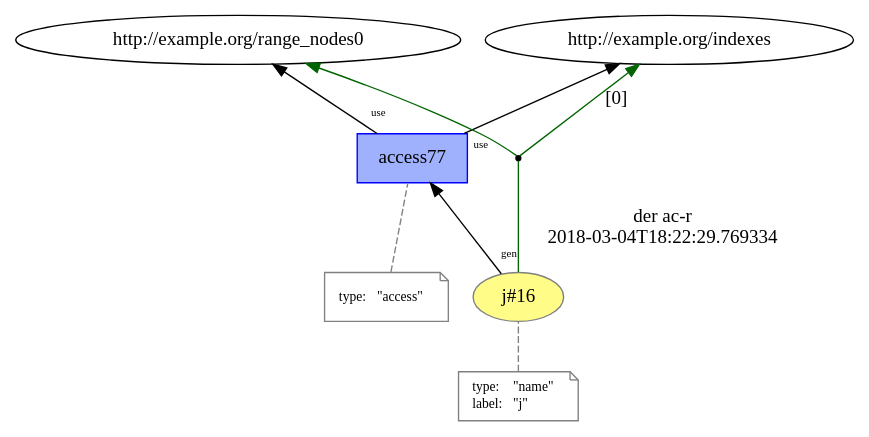
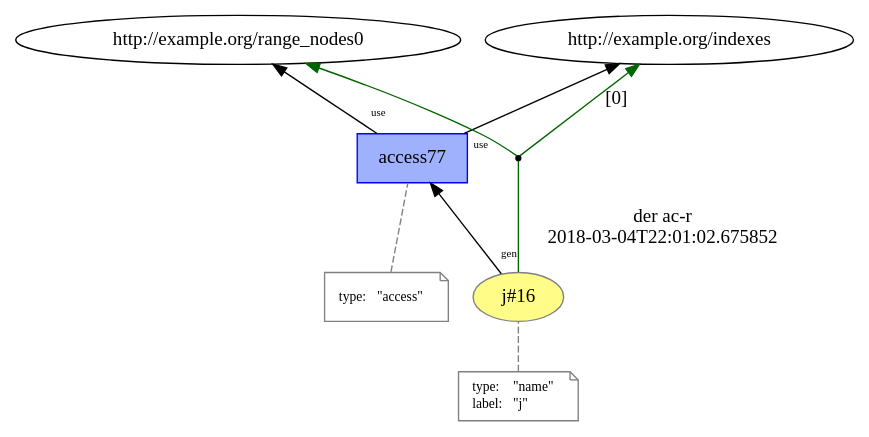
Before and after one commit to dew-uff/versioned-prov: the diagram in images/intertwined_prov/temp/L13__loop_access_16.dot, drawn with Graphviz. The commit also changed 368 other files, not shown here.

```diff
--- a/images/intertwined_prov/temp/L13__loop_access_16.dot
+++ b/images/intertwined_prov/temp/L13__loop_access_16.dot
@@ -1,30 +1,30 @@
 digraph "PROV" { size="16,12"; rankdir="BT";
 "http://example.org/j#16" [fillcolor="#FFFC87",color="#808080",style="filled",label="j#16",URL="http://example.org/j#16"]
 "-attrs0" [color="gray",shape="note",fontsize="10",fontcolor="black",label=<<TABLE cellpadding="0" border="0">
 	<TR>
 	    <TD align="left">type:</TD>
 	    <TD align="left">&quot;name&quot;</TD>
 	</TR>
 	<TR>
 	    <TD align="left">label:</TD>
 	    <TD align="left">&quot;j&quot;</TD>
 	</TR>
 </TABLE>>]
 "-attrs0" -> "http://example.org/j#16" [color="gray",style="dashed",arrowhead="none"]
 "http://example.org/access77" [fillcolor="#9FB1FC",color="#0000FF",shape="polygon",sides="4",style="filled",label="access77",URL="http://example.org/access77"]
 "-attrs1" [color="gray",shape="note",fontsize="10",fontcolor="black",label=<<TABLE cellpadding="0" border="0">
 	<TR>
 	    <TD align="left">type:</TD>
 	    <TD align="left">&quot;access&quot;</TD>
 	</TR>
 </TABLE>>]
 "-attrs1" -> "http://example.org/access77" [color="gray",style="dashed",arrowhead="none"]
 "http://example.org/access77" -> "http://example.org/range_nodes0" [labelfontsize="8",labeldistance="1.5",labelangle="60.0",rotation="20",taillabel="use"]
 "bn0" [shape="point",label=""]
 "http://example.org/j#16" -> "bn0" [arrowhead="none",color="darkgreen",label="der ac-r
-2018-03-04T18:22:29.769334"]
+2018-03-04T22:01:02.675852"]
 "bn0" -> "http://example.org/indexes" [labelfontsize="8",labeldistance="1.5",color="darkgreen",labelangle="60.0",rotation="20",label="[0]"]
 "bn0" -> "http://example.org/range_nodes0" [color="darkgreen"]
 "http://example.org/j#16" -> "http://example.org/access77" [labelfontsize="8",labeldistance="1.5",labelangle="60.0",rotation="20",taillabel="gen"]
 "http://example.org/access77" -> "http://example.org/indexes" [labelfontsize="8",labeldistance="1.5",labelangle="60.0",rotation="20",taillabel="use"]
 }
```
